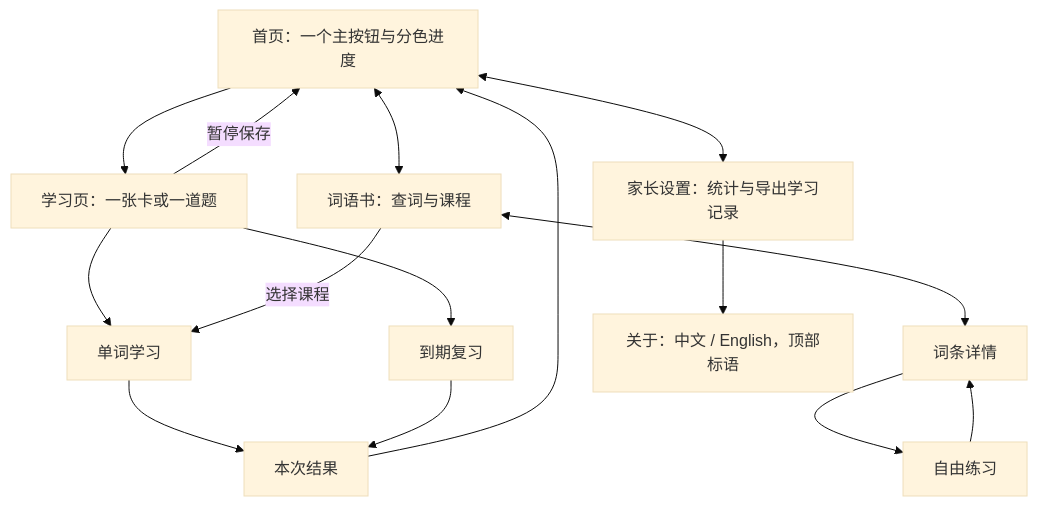
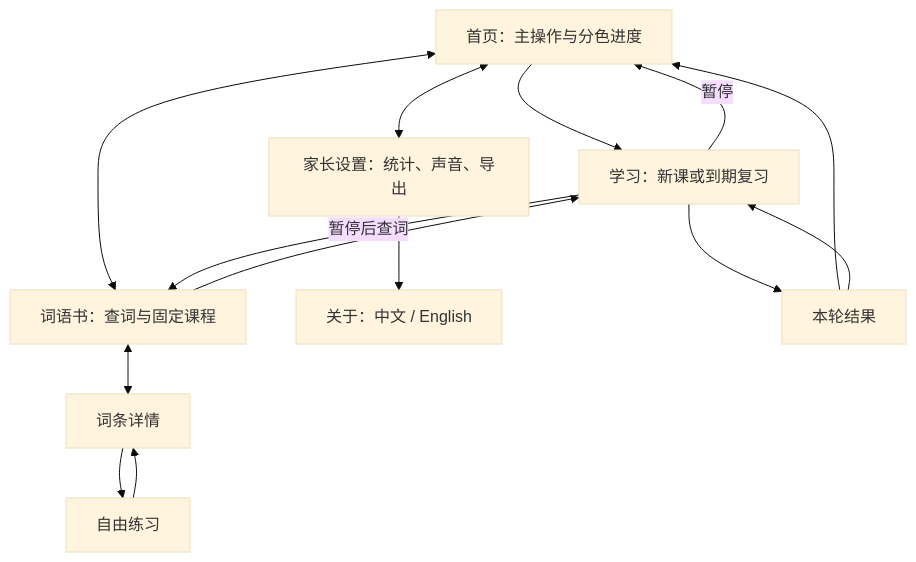
Before and after one commit to Doraemonls/LittleEnglish850: the first of 5 diagrams in docs/ux/UX_DESIGN.md, drawn with Mermaid (base theme). The commit also changed other lines of this file and 31 other files, not shown here.

````diff
--- a/docs/ux/UX_DESIGN.md
+++ b/docs/ux/UX_DESIGN.md
@@ -9,26 +7,16 @@
 ```mermaid
 flowchart TB
-    H["首页：一个主按钮与分色进度"]
-    L["学习页：一张卡或一道题"]
-    B["词语书：查词与课程"]
-    P["家长设置：统计与导出学习记录"]
-    W["单词学习"]
-    R["到期复习"]
-    D["词条详情"]
-    F["自由练习"]
-    E["本次结果"]
-    H --> L
-    H <--> B
-    H <--> P
-    P --> A["关于：中文 / English，顶部标语"]
-    L --> W
-    L --> R
-    B -->|"选择课程"| W
-    B <--> D
-    D --> F
-    W --> E
-    R --> E
+    H[首页：主操作与分色进度] --> L[学习：新课或到期复习]
+    H <--> B[词语书：查词与固定课程]
+    H <--> P[家长设置：统计、声音、导出]
+    P <--> A[关于：中文 / English]
+    B <--> D[词条详情]
+    D --> F[自由练习]
     F --> D
+    B --> L
+    L --> E[本轮结果]
     E --> H
-    L -->|"暂停保存"| H
+    E --> L
+    L -->|暂停| H
+    L -->|暂停后查词| B
 ```
````
